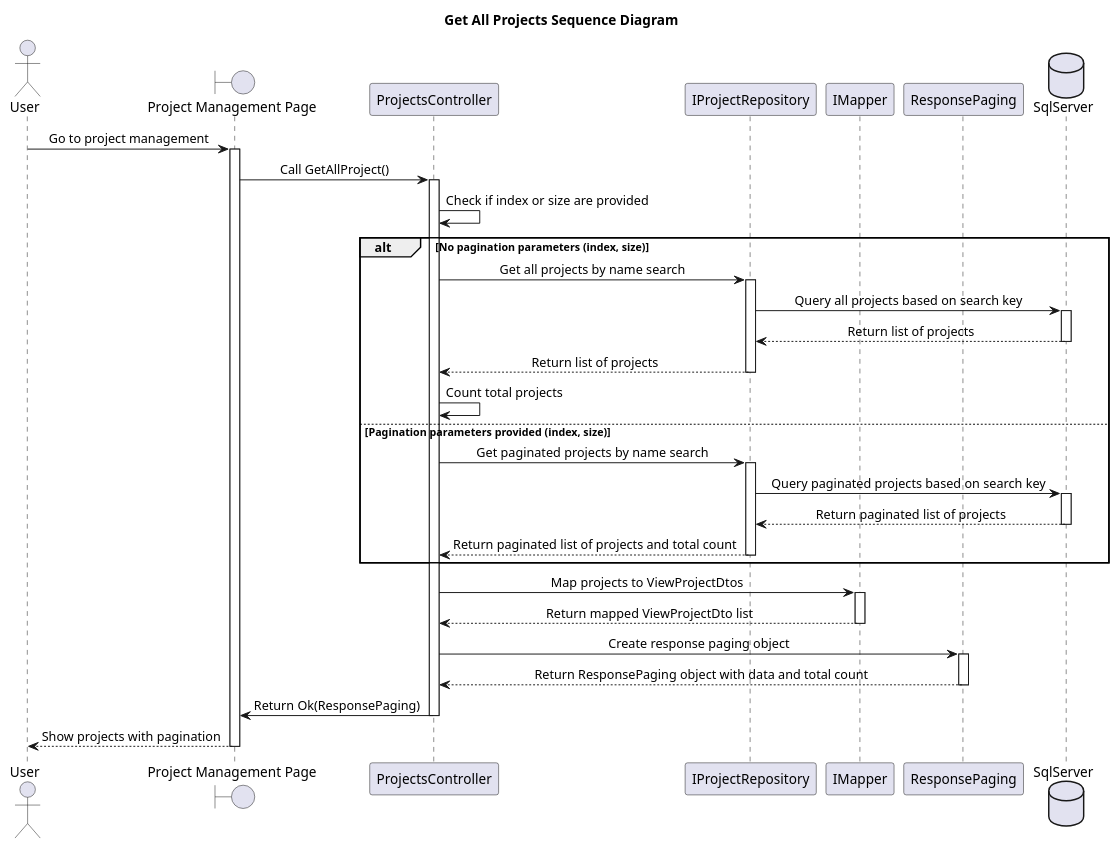
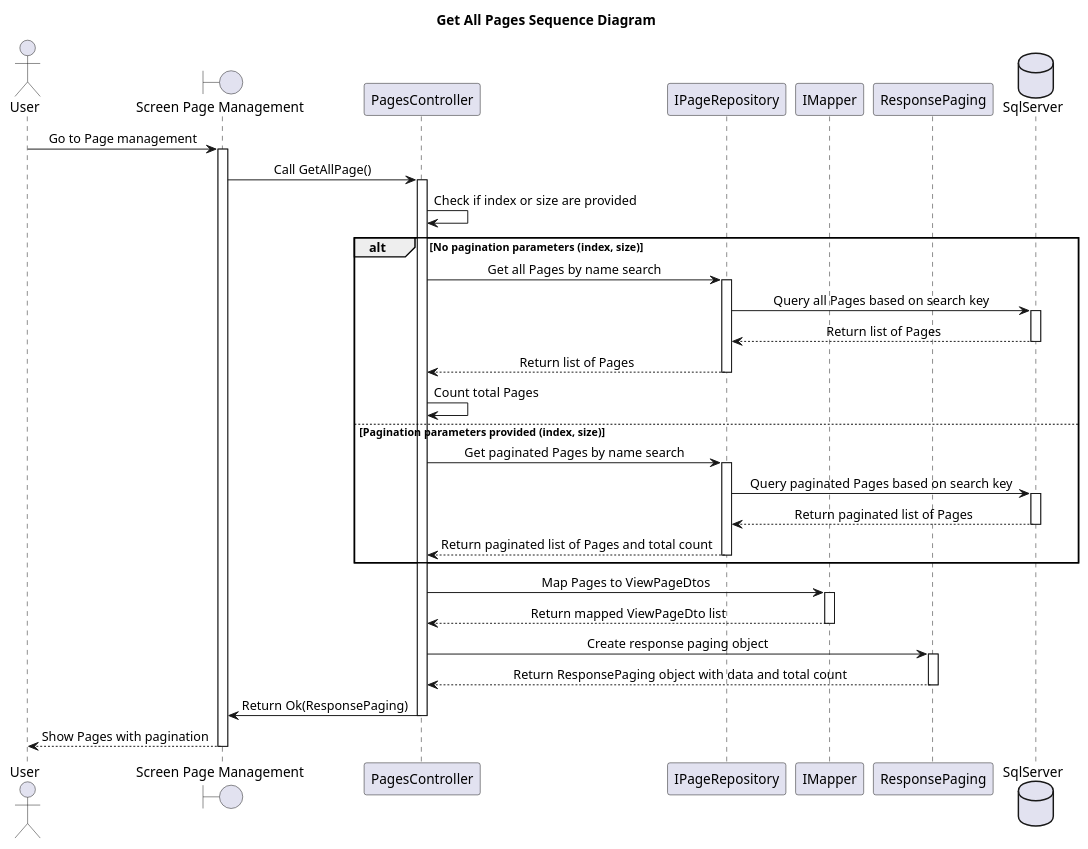
One commit to Caothuludau/InSyncDocument changed the diagram in ClassDiagram/SystemManagement/PageManagement/ViewListPageSequenceDiagram.plantuml. Above: the diagram before and after it, drawn with PlantUML. The commit also changed 22 other files, not shown here.

```diff
--- a/ClassDiagram/SystemManagement/PageManagement/ViewListPageSequenceDiagram.plantuml
+++ b/ClassDiagram/SystemManagement/PageManagement/ViewListPageSequenceDiagram.plantuml
@@ -1,60 +1,60 @@
 @startuml
 skinparam classAttributeIconSize 0
 skinparam SequenceMessageAlignment center
-Title Get All Projects Sequence Diagram
+Title Get All Pages Sequence Diagram
 
 actor "User" as U
-boundary "Project Management Page" as PPage
-participant "ProjectsController" as ProjectsController
-participant "IProjectRepository" as IProjectRepo
+boundary "Screen Page Management" as PPage
+participant "PagesController" as PagesController
+participant "IPageRepository" as IPageRepo
 participant "IMapper" as Mapper
 participant "ResponsePaging" as ResponsePaging
 database "SqlServer" as DbContext
 
 
-U -> PPage : Go to project management
+U -> PPage : Go to Page management
 activate PPage
 
-PPage -> ProjectsController : Call GetAllProject()
-activate ProjectsController
+PPage -> PagesController : Call GetAllPage()
+activate PagesController
 
 
-    ProjectsController -> ProjectsController : Check if index or size are provided
+    PagesController -> PagesController : Check if index or size are provided
     alt No pagination parameters (index, size)
-        ProjectsController -> IProjectRepo : Get all projects by name search
-        activate IProjectRepo
-        IProjectRepo -> DbContext : Query all projects based on search key
+        PagesController -> IPageRepo : Get all Pages by name search
+        activate IPageRepo
+        IPageRepo -> DbContext : Query all Pages based on search key
         activate DbContext
-        DbContext --> IProjectRepo : Return list of projects
+        DbContext --> IPageRepo : Return list of Pages
         deactivate DbContext
-        IProjectRepo --> ProjectsController : Return list of projects
-        deactivate IProjectRepo
-        ProjectsController -> ProjectsController : Count total projects
+        IPageRepo --> PagesController : Return list of Pages
+        deactivate IPageRepo
+        PagesController -> PagesController : Count total Pages
     else Pagination parameters provided (index, size)
-        ProjectsController -> IProjectRepo : Get paginated projects by name search
-        activate IProjectRepo
-        IProjectRepo -> DbContext : Query paginated projects based on search key
+        PagesController -> IPageRepo : Get paginated Pages by name search
+        activate IPageRepo
+        IPageRepo -> DbContext : Query paginated Pages based on search key
         activate DbContext
-        DbContext --> IProjectRepo : Return paginated list of projects
+        DbContext --> IPageRepo : Return paginated list of Pages
         deactivate DbContext
-        IProjectRepo --> ProjectsController : Return paginated list of projects and total count
-        deactivate IProjectRepo
+        IPageRepo --> PagesController : Return paginated list of Pages and total count
+        deactivate IPageRepo
     end
 
-    ProjectsController -> Mapper : Map projects to ViewProjectDtos
+    PagesController -> Mapper : Map Pages to ViewPageDtos
     activate Mapper
-    Mapper --> ProjectsController : Return mapped ViewProjectDto list
+    Mapper --> PagesController : Return mapped ViewPageDto list
     deactivate Mapper
 
-    ProjectsController -> ResponsePaging : Create response paging object
+    PagesController -> ResponsePaging : Create response paging object
     activate ResponsePaging
-    ResponsePaging --> ProjectsController : Return ResponsePaging object with data and total count
+    ResponsePaging --> PagesController : Return ResponsePaging object with data and total count
     deactivate ResponsePaging
-    ProjectsController -> PPage : Return Ok(ResponsePaging)
-    deactivate ProjectsController
-    PPage --> U : Show projects with pagination
+    PagesController -> PPage : Return Ok(ResponsePaging)
+    deactivate PagesController
+    PPage --> U : Show Pages with pagination
     deactivate PPage
 
 
 
 @enduml
```
